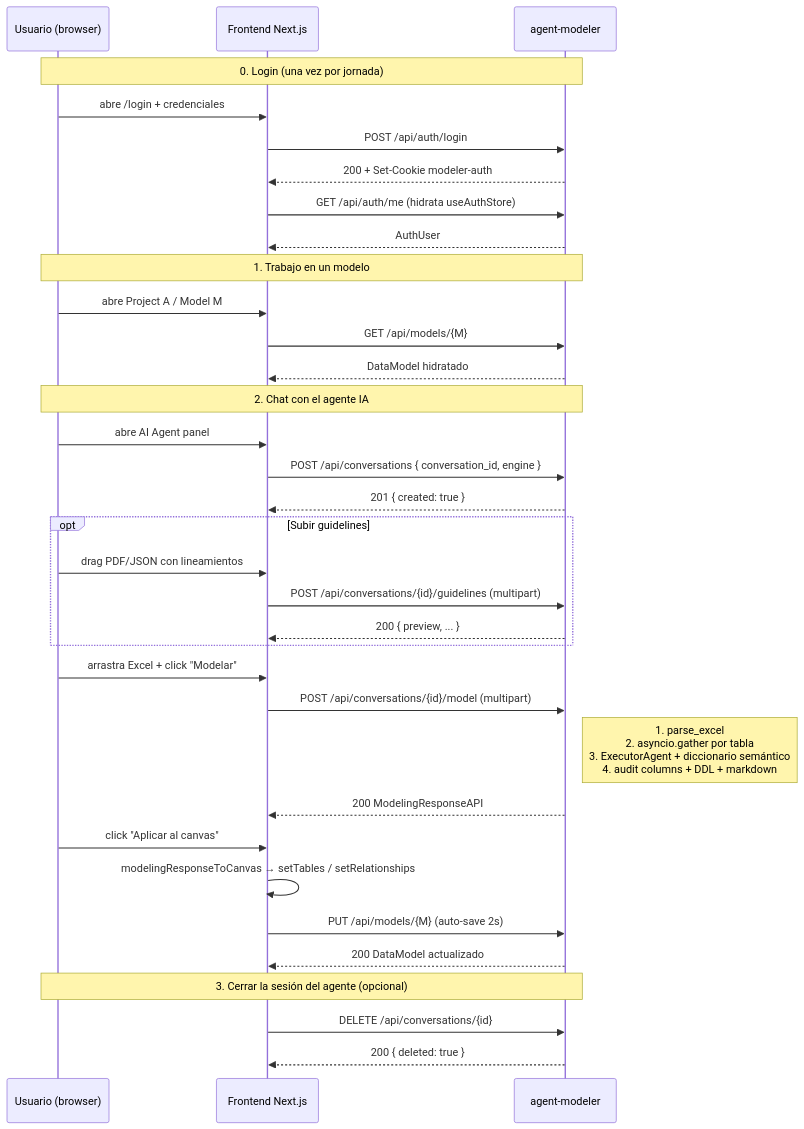
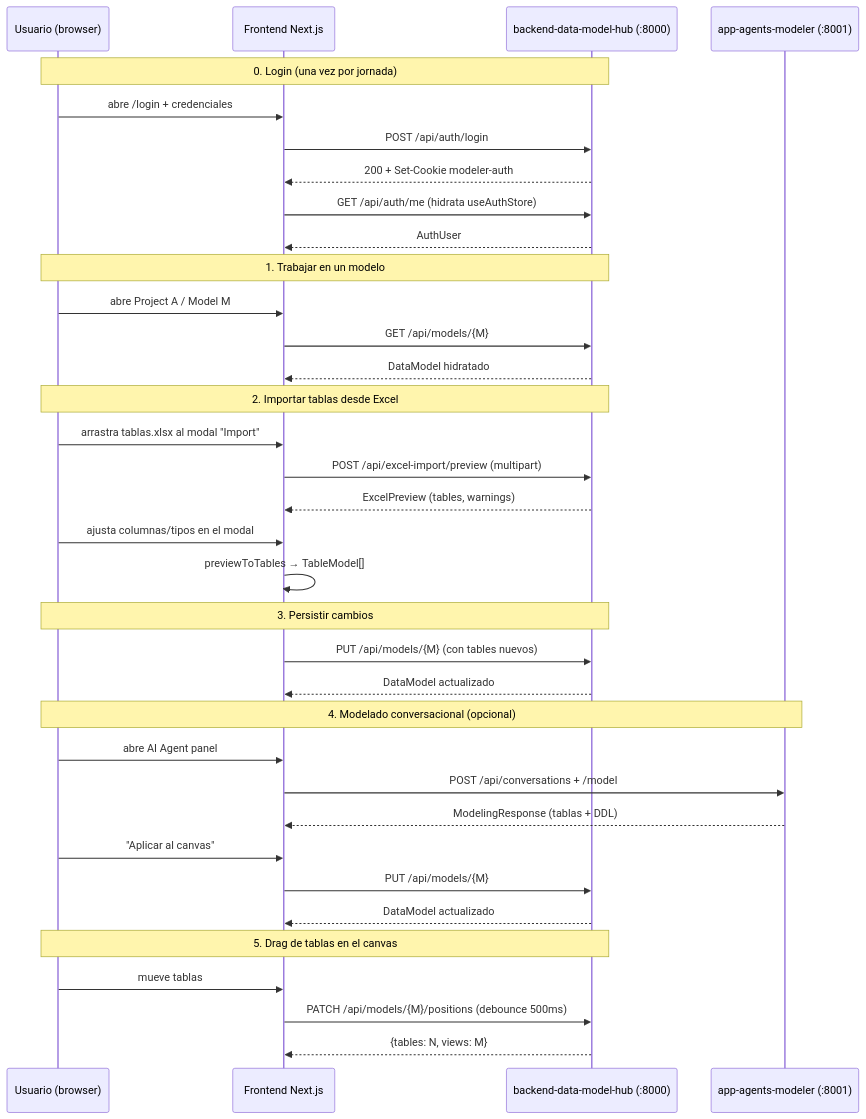
The diagram in doc/usage.md (Carlosmps97/backend-data-model-hub), drawn with Mermaid before and after one commit. The commit also changed other lines of this file and 15 other files, not shown here.

````diff
--- a/doc/usage.md
+++ b/doc/usage.md
@@ -57,43 +56,43 @@
 ```mermaid
 sequenceDiagram
     participant U as Usuario (browser)
     participant FE as Frontend Next.js
-    participant API as agent-modeler
+    participant API as backend-data-model-hub (:8000)
+    participant AG as app-agents-modeler (:8001)
 
     Note over U,API: 0. Login (una vez por jornada)
     U->>FE: abre /login + credenciales
     FE->>API: POST /api/auth/login
     API-->>FE: 200 + Set-Cookie modeler-auth
     FE->>API: GET /api/auth/me (hidrata useAuthStore)
     API-->>FE: AuthUser
 
-    Note over U,API: 1. Trabajo en un modelo
+    Note over U,API: 1. Trabajar en un modelo
     U->>FE: abre Project A / Model M
     FE->>API: GET /api/models/{M}
     API-->>FE: DataModel hidratado
 
-    Note over U,API: 2. Chat con el agente IA
+    Note over U,API: 2. Importar tablas desde Excel
+    U->>FE: arrastra tablas.xlsx al modal "Import"
+    FE->>API: POST /api/excel-import/preview (multipart)
+    API-->>FE: ExcelPreview (tables, warnings)
+    U->>FE: ajusta columnas/tipos en el modal
+    FE->>FE: previewToTables → TableModel[]
+
+    Note over U,API: 3. Persistir cambios
+    FE->>API: PUT /api/models/{M} (con tables nuevos)
+    API-->>FE: DataModel actualizado
+
+    Note over U,AG: 4. Modelado conversacional (opcional)
     U->>FE: abre AI Agent panel
-    FE->>API: POST /api/conversations { conversation_id, engine }
-    API-->>FE: 201 { created: true }
+    FE->>AG: POST /api/conversations + /model
+    AG-->>FE: ModelingResponse (tablas + DDL)
+    U->>FE: "Aplicar al canvas"
+    FE->>API: PUT /api/models/{M}
+    API-->>FE: DataModel actualizado
 
-    opt Subir guidelines
-        U->>FE: drag PDF/JSON con lineamientos
-        FE->>API: POST /api/conversations/{id}/guidelines (multipart)
-        API-->>FE: 200 { preview, ... }
-    end
-
-    U->>FE: arrastra Excel + click "Modelar"
-    FE->>API: POST /api/conversations/{id}/model (multipart)
-    Note right of API: 1. parse_excel<br/>2. asyncio.gather por tabla<br/>3. ExecutorAgent + diccionario semántico<br/>4. audit columns + DDL + markdown
-    API-->>FE: 200 ModelingResponseAPI
-
-    U->>FE: click "Aplicar al canvas"
-    FE->>FE: modelingResponseToCanvas → setTables / setRelationships
-    FE->>API: PUT /api/models/{M} (auto-save 2s)
-    API-->>FE: 200 DataModel actualizado
-
-    Note over U,API: 3. Cerrar la sesión del agente (opcional)
-    FE->>API: DELETE /api/conversations/{id}
-    API-->>FE: 200 { deleted: true }
+    Note over U,API: 5. Drag de tablas en el canvas
+    U->>FE: mueve tablas
+    FE->>API: PATCH /api/models/{M}/positions (debounce 500ms)
+    API-->>FE: {tables: N, views: M}
 ```
````
